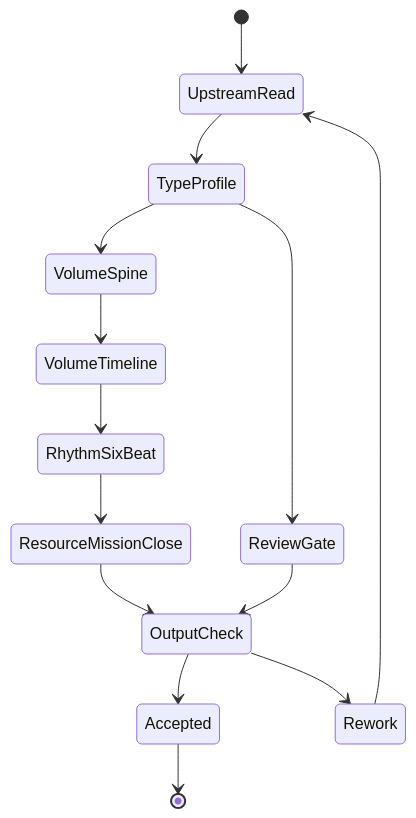
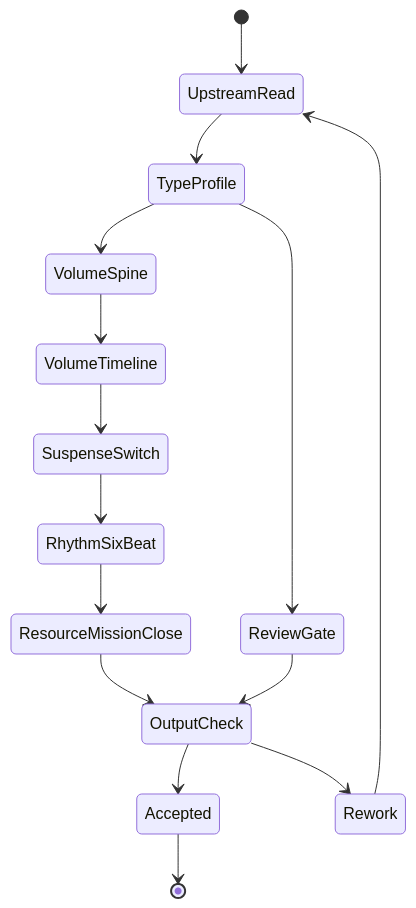
Before and after one commit to ZEN-VOID/AI-CUT: the second of 2 diagrams in .agents/skills/story/2-卷章/2-卷级/SKILL.md, drawn with Mermaid. The commit also changed other lines of this file and 256 other files, not shown here.

````diff
--- a/.agents/skills/story/2-卷章/2-卷级/SKILL.md
+++ b/.agents/skills/story/2-卷章/2-卷级/SKILL.md
@@ -122,16 +130,17 @@
 ```mermaid
 stateDiagram-v2
     [*] --> UpstreamRead
     UpstreamRead --> TypeProfile
     TypeProfile --> VolumeSpine
     TypeProfile --> ReviewGate
     VolumeSpine --> VolumeTimeline
-    VolumeTimeline --> RhythmSixBeat
+    VolumeTimeline --> SuspenseSwitch
+    SuspenseSwitch --> RhythmSixBeat
     RhythmSixBeat --> ResourceMissionClose
     ResourceMissionClose --> OutputCheck
     ReviewGate --> OutputCheck
     OutputCheck --> Accepted
     OutputCheck --> Rework
     Rework --> UpstreamRead
     Accepted --> [*]
 ```
````
